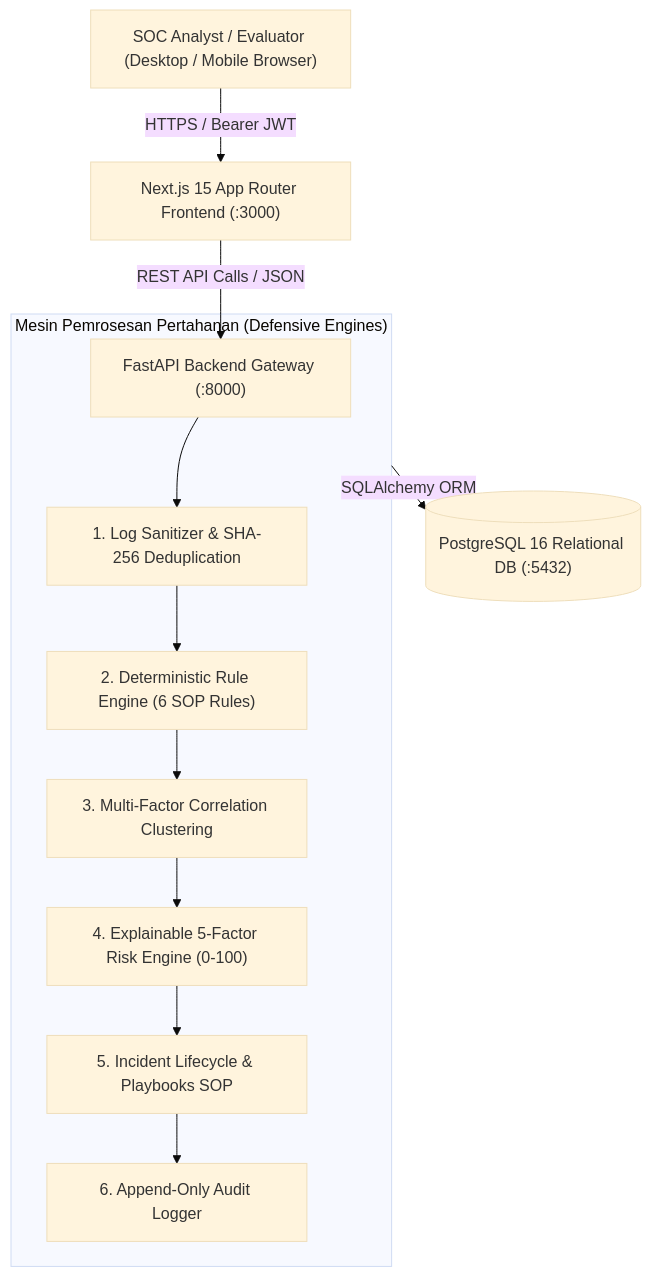
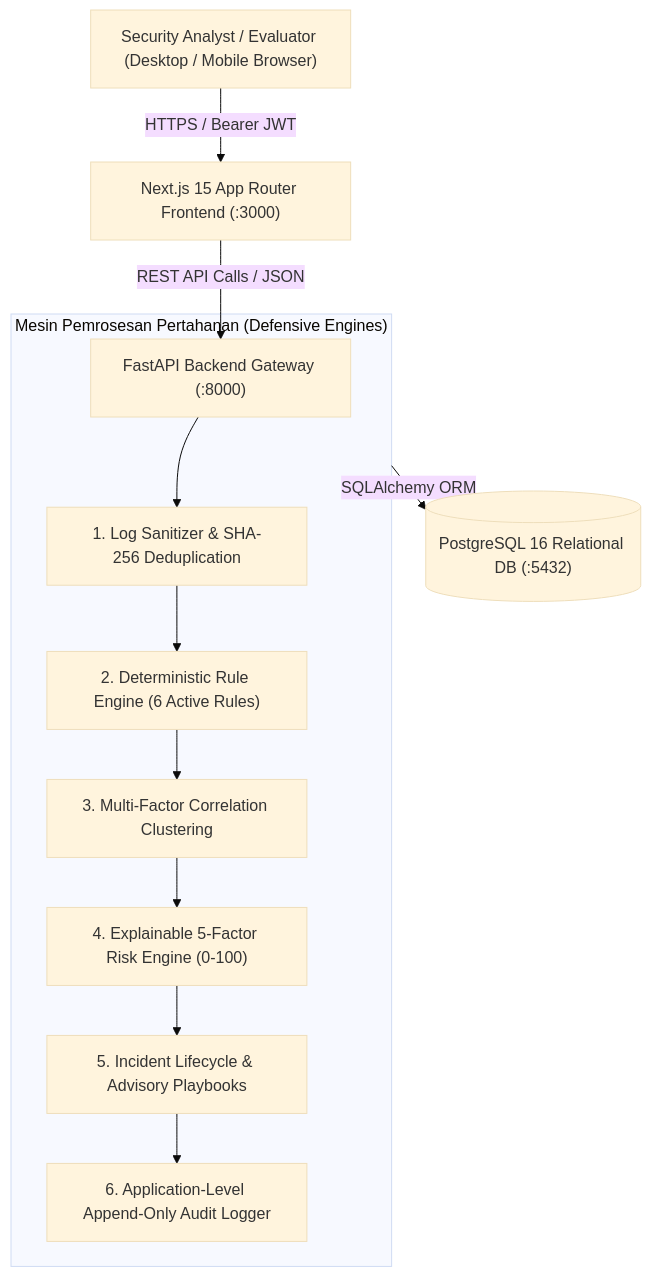
Before and after one commit to Maverick-list/satria-sentinel: the diagram in README.md, drawn with Mermaid (base theme). The commit also changed other lines of this file and 13 other files, not shown here.

````diff
--- a/README.md
+++ b/README.md
@@ -72,16 +94,16 @@
 ```mermaid
 graph TD
-    Client["SOC Analyst / Evaluator (Desktop / Mobile Browser)"] -->|HTTPS / Bearer JWT| NextFrontend["Next.js 15 App Router Frontend (:3000)"]
+    Client["Security Analyst / Evaluator (Desktop / Mobile Browser)"] -->|HTTPS / Bearer JWT| NextFrontend["Next.js 15 App Router Frontend (:3000)"]
     NextFrontend -->|REST API Calls / JSON| FastAPIGateway["FastAPI Backend Gateway (:8000)"]
     
     subgraph SecurityEngines["Mesin Pemrosesan Pertahanan (Defensive Engines)"]
         FastAPIGateway --> IngestSanitizer["1. Log Sanitizer & SHA-256 Deduplication"]
-        IngestSanitizer --> DetectionRules["2. Deterministic Rule Engine (6 SOP Rules)"]
+        IngestSanitizer --> DetectionRules["2. Deterministic Rule Engine (6 Active Rules)"]
         DetectionRules --> CorrelationMatrix["3. Multi-Factor Correlation Clustering"]
         CorrelationMatrix --> RiskScoring["4. Explainable 5-Factor Risk Engine (0-100)"]
-        RiskScoring --> IncidentMgmt["5. Incident Lifecycle & Playbooks SOP"]
-        IncidentMgmt --> AuditRecorder["6. Append-Only Audit Logger"]
+        RiskScoring --> IncidentMgmt["5. Incident Lifecycle & Advisory Playbooks"]
+        IncidentMgmt --> AuditRecorder["6. Application-Level Append-Only Audit Logger"]
     end
     
     SecurityEngines -->|SQLAlchemy ORM| PostgresDB[("PostgreSQL 16 Relational DB (:5432)")]
 ```
````
